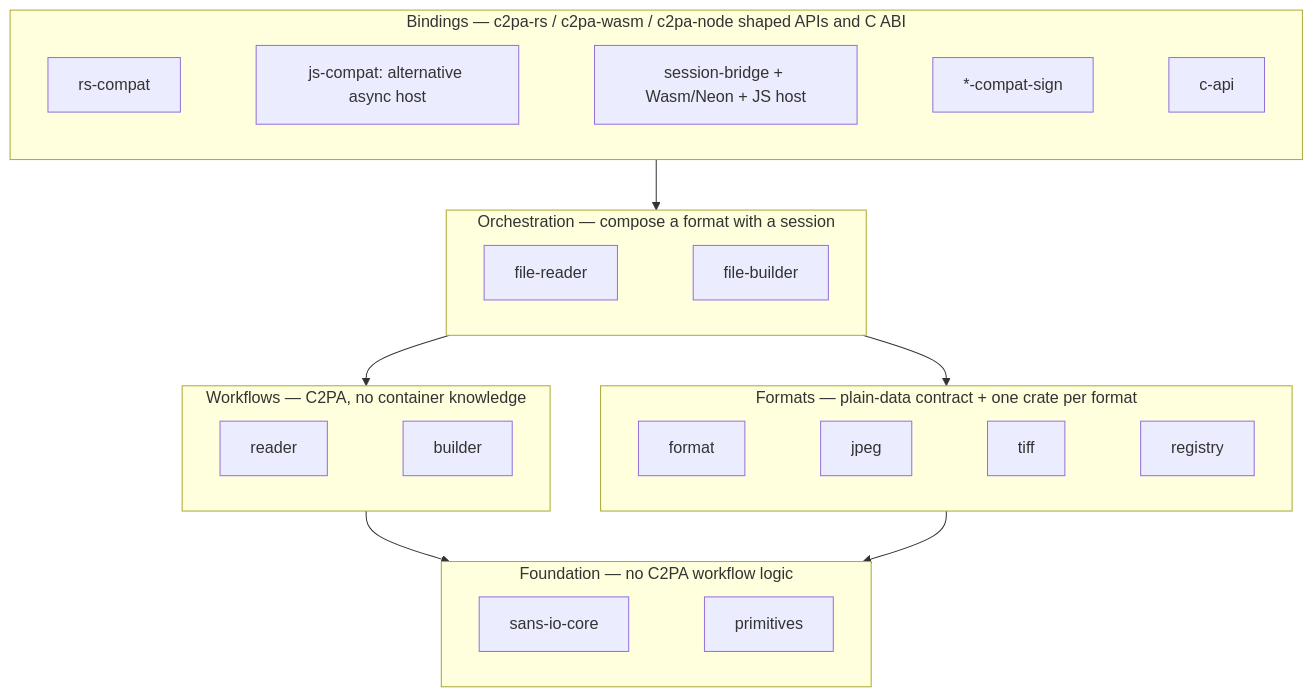
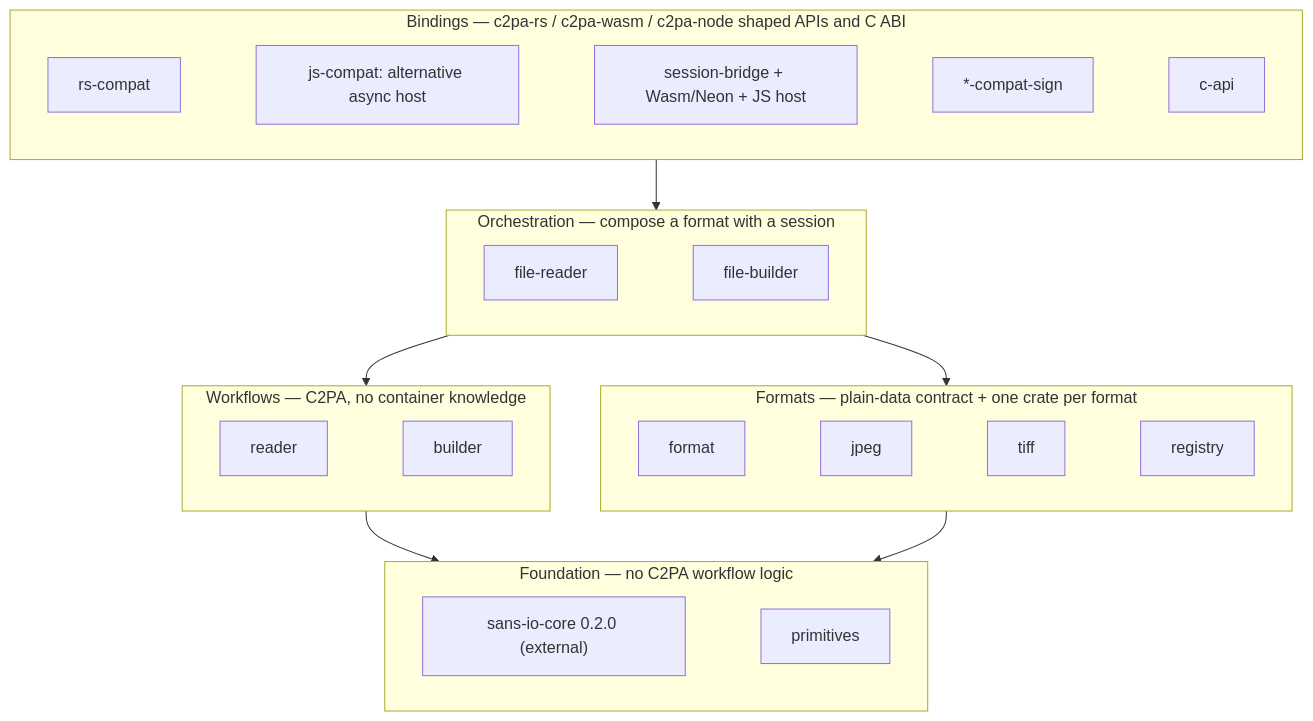
The second of 2 diagrams in docs/walkthrough/02-architecture.md (scouten/state-machine-experiment), drawn with Mermaid before and after one commit. The commit also changed other lines of this file and 59 other files, not shown here.

First line of the commit message:
Use published contentauth-sans-io-core 0.2.0 (#88)

````diff
--- a/docs/walkthrough/02-architecture.md
+++ b/docs/walkthrough/02-architecture.md
@@ -90,25 +93,25 @@
 ```mermaid
 flowchart TB
     subgraph L5["Bindings — c2pa-rs / c2pa-wasm / c2pa-node shaped APIs and C ABI"]
         direction LR
         b1[rs-compat] ~~~ b2["js-compat: alternative async host"] ~~~ b3["session-bridge + Wasm/Neon + JS host"] ~~~ b4["*-compat-sign"] ~~~ b5[c-api]
     end
     subgraph L4["Orchestration — compose a format with a session"]
         direction LR
         o1[file-reader] ~~~ o2[file-builder]
     end
     subgraph L3["Formats — plain-data contract + one crate per format"]
         direction LR
         f1[format] ~~~ f2[jpeg] ~~~ f3[tiff] ~~~ f4[registry]
     end
     subgraph L2["Workflows — C2PA, no container knowledge"]
         direction LR
         w1[reader] ~~~ w2[builder]
     end
     subgraph L1["Foundation — no C2PA workflow logic"]
         direction LR
-        e1[sans-io-core] ~~~ e2[primitives]
+        e1["sans-io-core 0.2.0 (external)"] ~~~ e2[primitives]
     end
     L5 --> L4 --> L2 --> L1
     L4 --> L3 --> L1
 ```
````
